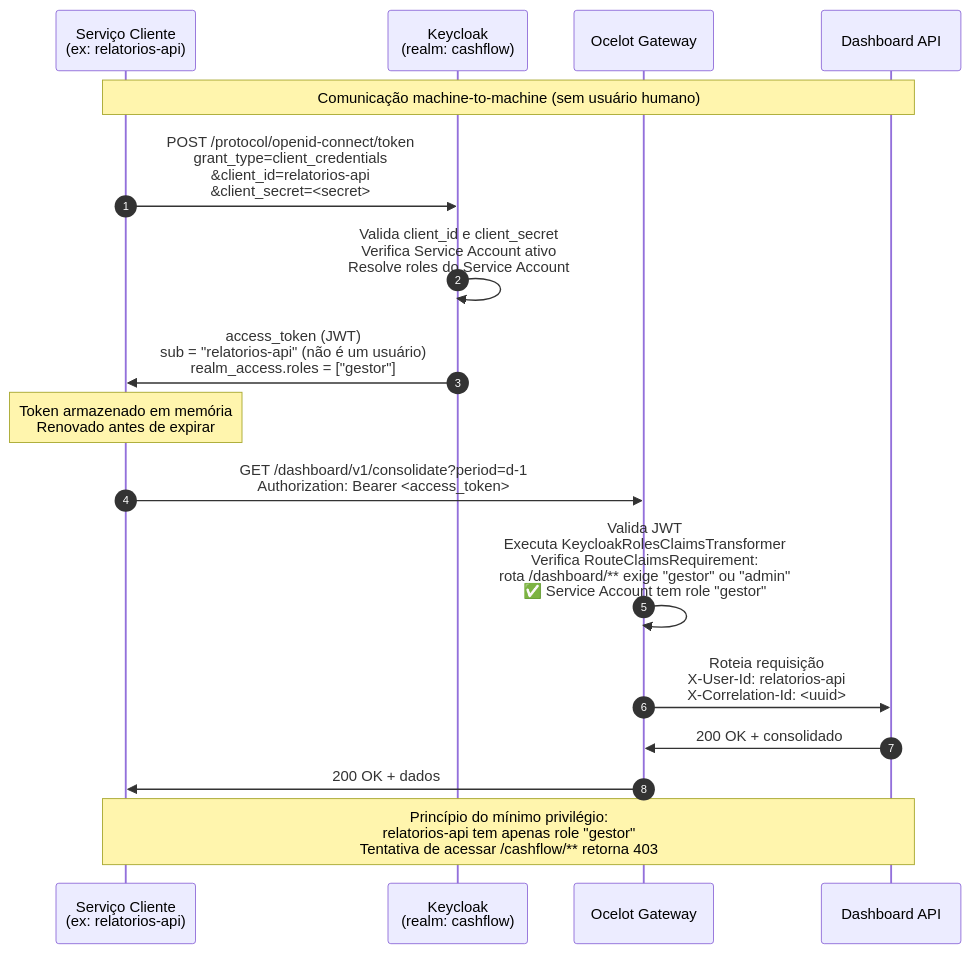
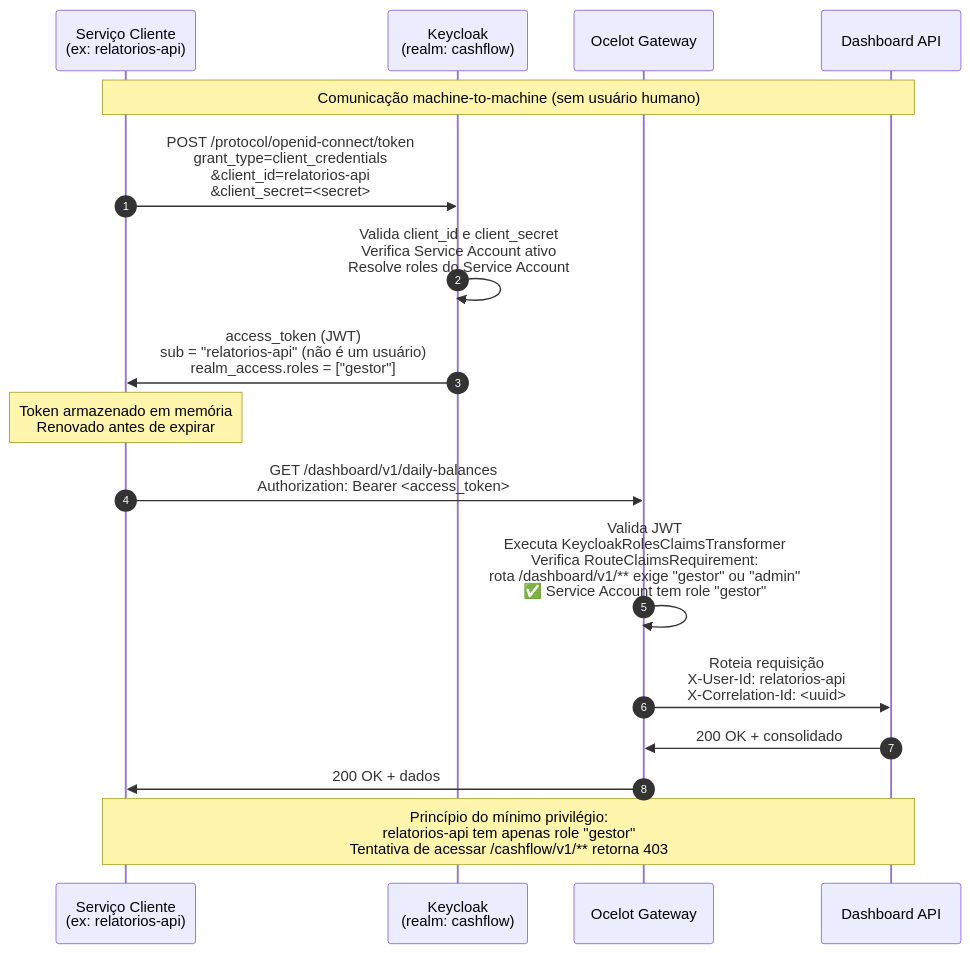
The diagram in docs/security/diagrams/client-credentials-m2m.mmd (filipececcon/arch-challenge), drawn with Mermaid before and after one commit. The commit also changed 41 other files, not shown here.

```diff
--- a/docs/security/diagrams/client-credentials-m2m.mmd
+++ b/docs/security/diagrams/client-credentials-m2m.mmd
@@ -1,27 +1,27 @@
 sequenceDiagram
     autonumber
 
     participant S as Serviço Cliente<br/>(ex: relatorios-api)
     participant K as Keycloak<br/>(realm: cashflow)
     participant G as Ocelot Gateway
     participant D as Dashboard API
 
     Note over S,D: Comunicação machine-to-machine (sem usuário humano)
 
     S->>K: POST /protocol/openid-connect/token<br/>grant_type=client_credentials<br/>&client_id=relatorios-api<br/>&client_secret=<secret>
 
     K->>K: Valida client_id e client_secret<br/>Verifica Service Account ativo<br/>Resolve roles do Service Account
 
     K->>S: access_token (JWT)<br/>sub = "relatorios-api" (não é um usuário)<br/>realm_access.roles = ["gestor"]
 
     Note over S: Token armazenado em memória<br/>Renovado antes de expirar
 
-    S->>G: GET /dashboard/v1/consolidate?period=d-1<br/>Authorization: Bearer <access_token>
+    S->>G: GET /dashboard/v1/daily-balances<br/>Authorization: Bearer <access_token>
 
-    G->>G: Valida JWT<br/>Executa KeycloakRolesClaimsTransformer<br/>Verifica RouteClaimsRequirement:<br/>rota /dashboard/** exige "gestor" ou "admin"<br/>✅ Service Account tem role "gestor"
+    G->>G: Valida JWT<br/>Executa KeycloakRolesClaimsTransformer<br/>Verifica RouteClaimsRequirement:<br/>rota /dashboard/v1/** exige "gestor" ou "admin"<br/>✅ Service Account tem role "gestor"
 
     G->>D: Roteia requisição<br/>X-User-Id: relatorios-api<br/>X-Correlation-Id: <uuid>
     D->>G: 200 OK + consolidado
     G->>S: 200 OK + dados
 
-    Note over S,D: Princípio do mínimo privilégio:<br/>relatorios-api tem apenas role "gestor"<br/>Tentativa de acessar /cashflow/** retorna 403
+    Note over S,D: Princípio do mínimo privilégio:<br/>relatorios-api tem apenas role "gestor"<br/>Tentativa de acessar /cashflow/v1/** retorna 403
```
